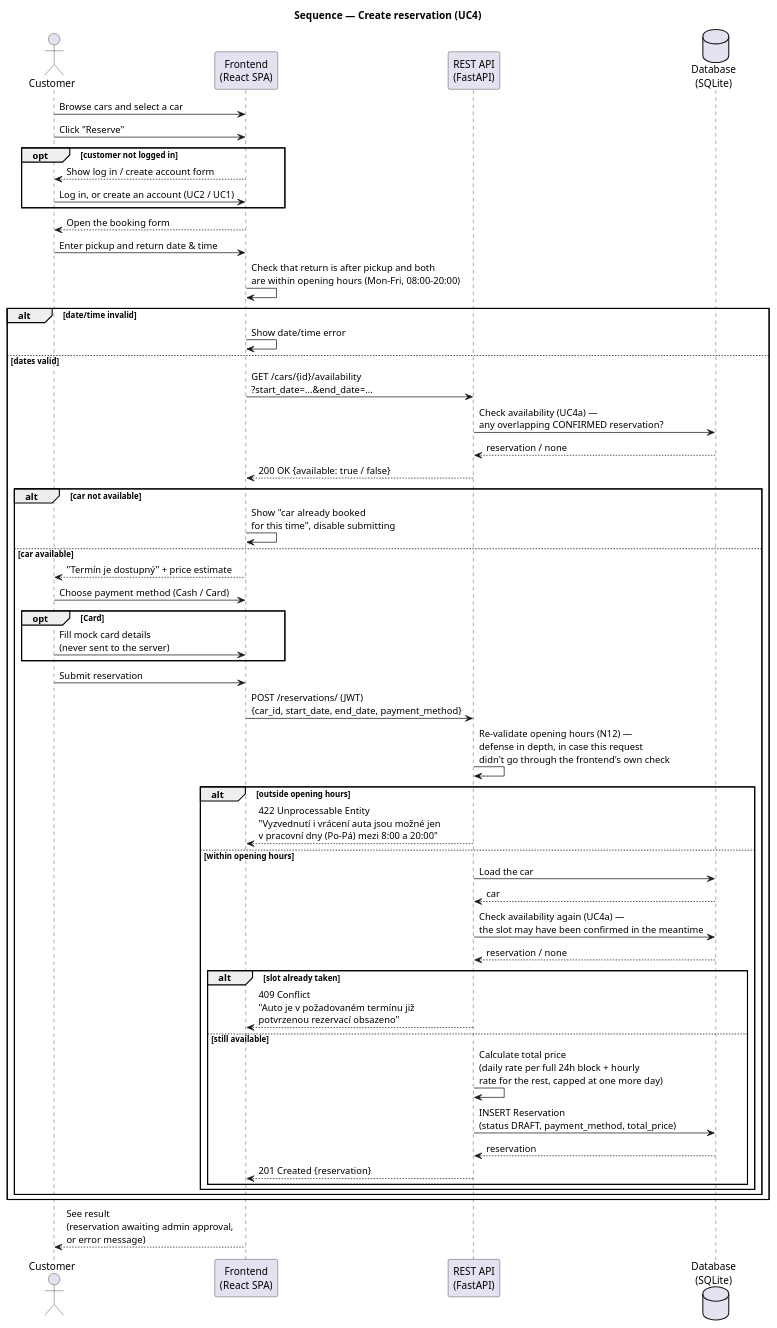
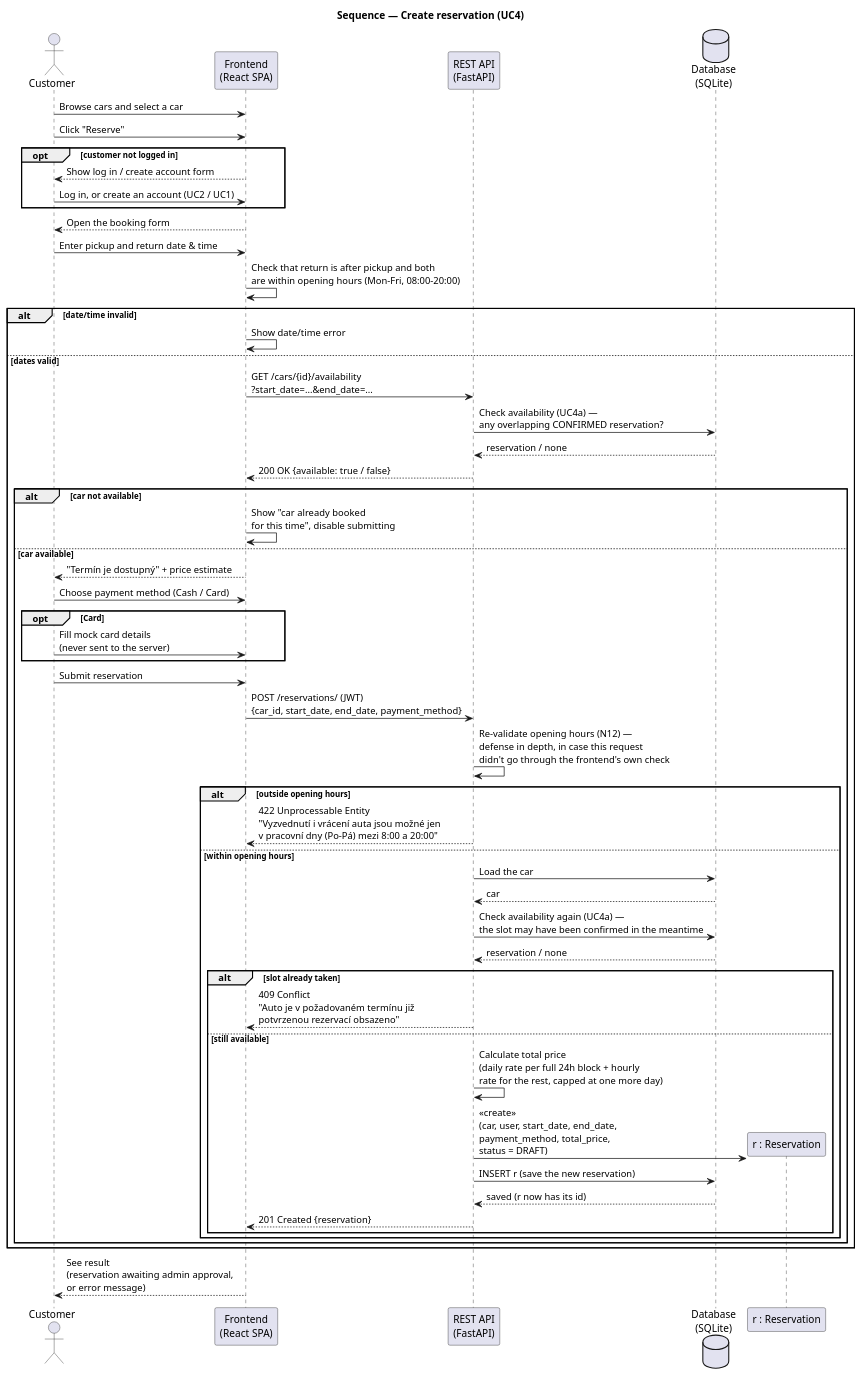
One commit to DavidMagyarics/CarRentalVSB changed the diagram in docs/diagrams/sequence-make-reservation.puml. Above: the diagram before and after it, drawn with PlantUML. The commit also changed 2 other files, not shown here.

Commit message:
docs: show object creation (<<create>>) of Reservation, User and Car in the sequence diagrams

```diff
--- a/docs/diagrams/sequence-make-reservation.puml
+++ b/docs/diagrams/sequence-make-reservation.puml
@@ -1,63 +1,65 @@
 @startuml sequence-make-reservation
 skinparam backgroundColor white
 title Sequence — Create reservation (UC4)
 
 actor Customer
 participant "Frontend\n(React SPA)" as FE
 participant "REST API\n(FastAPI)" as API
 database "Database\n(SQLite)" as DB
 
 Customer -> FE: Browse cars and select a car
 Customer -> FE: Click "Reserve"
 
 opt customer not logged in
   FE --> Customer: Show log in / create account form
   Customer -> FE: Log in, or create an account (UC2 / UC1)
 end
 
 FE --> Customer: Open the booking form
 Customer -> FE: Enter pickup and return date & time
 FE -> FE: Check that return is after pickup and both\nare within opening hours (Mon-Fri, 08:00-20:00)
 
 alt date/time invalid
   FE -> FE: Show date/time error
 else dates valid
   FE -> API: GET /cars/{id}/availability\n?start_date=...&end_date=...
   API -> DB: Check availability (UC4a) —\nany overlapping CONFIRMED reservation?
   DB --> API: reservation / none
   API --> FE: 200 OK {available: true / false}
 
   alt car not available
     FE -> FE: Show "car already booked\nfor this time", disable submitting
   else car available
     FE --> Customer: "Termín je dostupný" + price estimate
     Customer -> FE: Choose payment method (Cash / Card)
     opt Card
       Customer -> FE: Fill mock card details\n(never sent to the server)
     end
     Customer -> FE: Submit reservation
     FE -> API: POST /reservations/ (JWT)\n{car_id, start_date, end_date, payment_method}
     API -> API: Re-validate opening hours (N12) —\ndefense in depth, in case this request\ndidn't go through the frontend's own check
 
     alt outside opening hours
       API --> FE: 422 Unprocessable Entity\n"Vyzvednutí i vrácení auta jsou možné jen\nv pracovní dny (Po–Pá) mezi 8:00 a 20:00"
     else within opening hours
       API -> DB: Load the car
       DB --> API: car
       API -> DB: Check availability again (UC4a) —\nthe slot may have been confirmed in the meantime
       DB --> API: reservation / none
 
       alt slot already taken
         API --> FE: 409 Conflict\n"Auto je v požadovaném termínu již\npotvrzenou rezervací obsazeno"
       else still available
         API -> API: Calculate total price\n(daily rate per full 24h block + hourly\nrate for the rest, capped at one more day)
-        API -> DB: INSERT Reservation\n(status DRAFT, payment_method, total_price)
-        DB --> API: reservation
+        create participant "r : Reservation" as R
+        API -> R: <<create>>\n(car, user, start_date, end_date,\npayment_method, total_price,\nstatus = DRAFT)
+        API -> DB: INSERT r (save the new reservation)
+        DB --> API: saved (r now has its id)
         API --> FE: 201 Created {reservation}
       end
     end
   end
 end
 
 FE --> Customer: See result\n(reservation awaiting admin approval,\nor error message)
 @enduml
```
